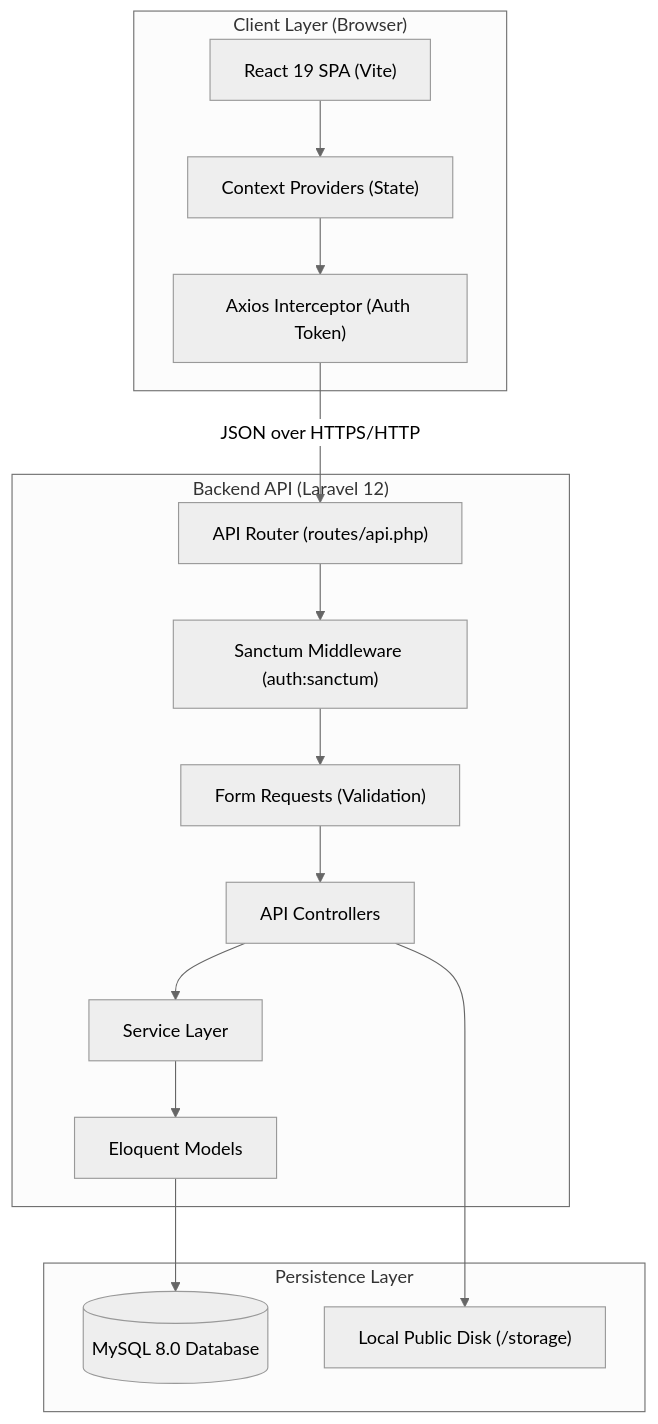
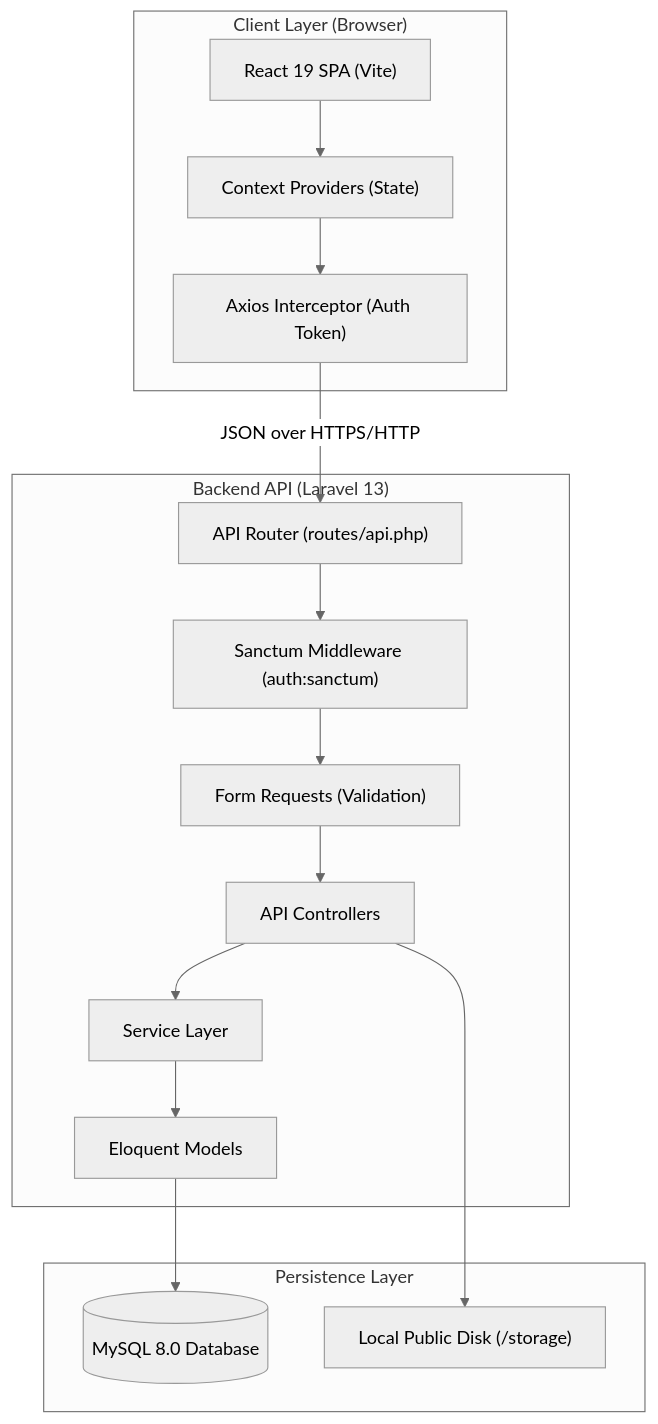
One commit to Dvs149/option_journal changed the first of 2 diagrams in ARCHITECTURE.md. Above: the diagram before and after it, drawn with Mermaid (neutral theme). The commit also changed other lines of this file and 43 other files, not shown here.

````diff
--- a/ARCHITECTURE.md
+++ b/ARCHITECTURE.md
@@ -10,34 +10,34 @@
 ```mermaid
 graph TD
     subgraph Client ["Client Layer (Browser)"]
         UI["React 19 SPA (Vite)"]
         CTX["Context Providers (State)"]
         AXIOS["Axios Interceptor (Auth Token)"]
         UI --> CTX
         CTX --> AXIOS
     end
 
-    subgraph Server ["Backend API (Laravel 12)"]
+    subgraph Server ["Backend API (Laravel 13)"]
         ROUTER["API Router (routes/api.php)"]
         SANCTUM["Sanctum Middleware (auth:sanctum)"]
         REQ["Form Requests (Validation)"]
         CTRL["API Controllers"]
         SVC["Service Layer"]
         MODEL["Eloquent Models"]
 
         ROUTER --> SANCTUM
         SANCTUM --> REQ
         REQ --> CTRL
         CTRL --> SVC
         SVC --> MODEL
     end
 
     subgraph Storage ["Persistence Layer"]
         DB[("MySQL 8.0 Database")]
         DISK["Local Public Disk (/storage)"]
         MODEL --> DB
         CTRL --> DISK
     end
 
     AXIOS -->|JSON over HTTPS/HTTP| ROUTER
 ```
````
